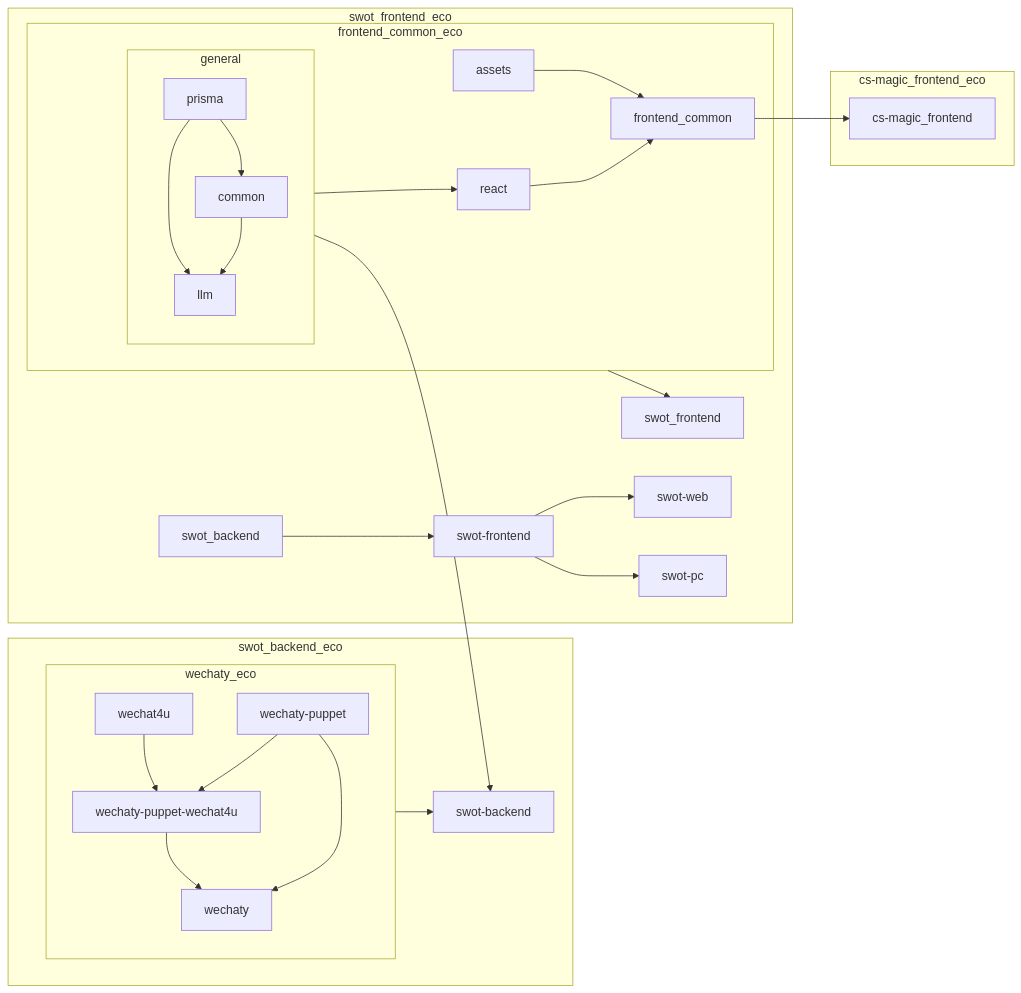
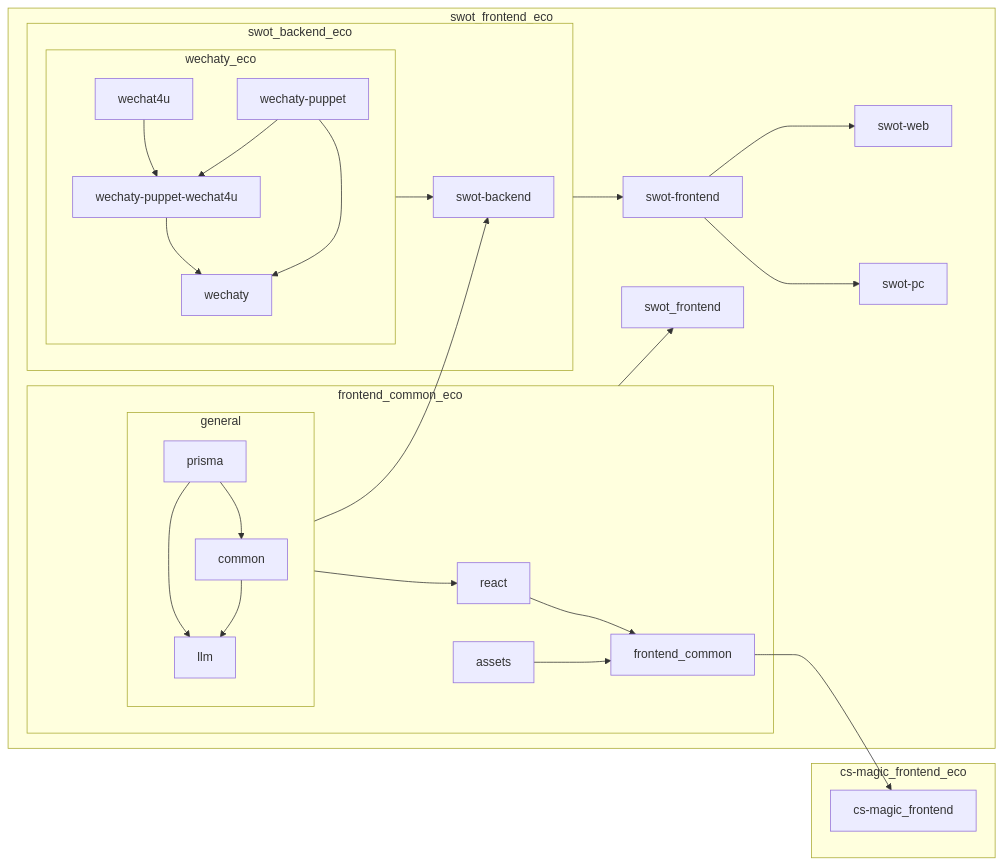
One commit to cs-magic/codebase-ts changed the diagram in README.md. Above: the diagram before and after it, drawn with Mermaid. The commit also changed 1 other file, not shown here.

````diff
--- a/README.md
+++ b/README.md
@@ -9,34 +9,34 @@
 ```mermaid
 graph LR;
     subgraph general
         prisma --> common & llm;
         common --> llm;
     end
     
     subgraph wechaty_eco
         wechat4u --> wechaty-puppet-wechat4u;
         wechaty-puppet --> wechaty-puppet-wechat4u & wechaty;
         wechaty-puppet-wechat4u --> wechaty;
     end
     
     subgraph frontend_common_eco
         general --> react;
         react --> frontend_common;
         assets --> frontend_common;
     end
     
     subgraph cs-magic_frontend_eco
         frontend_common --> cs-magic_frontend;
     end
     
     subgraph swot_backend_eco
         general --> swot-backend;
         wechaty_eco --> swot-backend;
     end
     
     subgraph swot_frontend_eco
         frontend_common_eco --> swot_frontend;
-        swot_backend --> swot-frontend;
+        swot_backend_eco --> swot-frontend;
         swot-frontend --> swot-web & swot-pc;
     end
 ```
````
